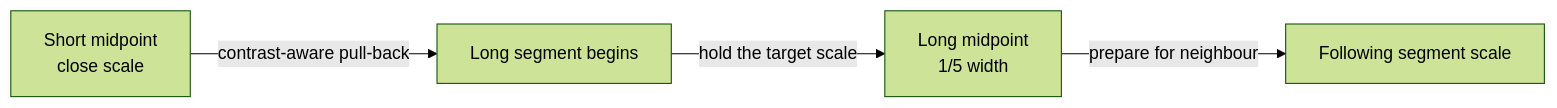
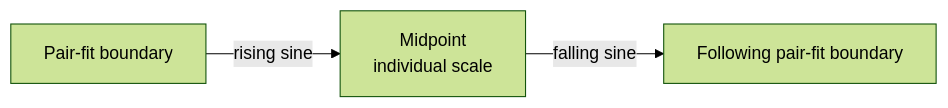
One commit to blubalubbin/music-mixer changed the second of 3 diagrams in docs/timeline-dynamics.md. Above: the diagram before and after it, drawn with Mermaid (forest theme). The commit also changed other lines of this file and 3 other files, not shown here.

````diff
--- a/docs/timeline-dynamics.md
+++ b/docs/timeline-dynamics.md
@@ -51,6 +55,5 @@
 ```mermaid
 flowchart LR
-    Short["Short midpoint<br/>close scale"] -->|"contrast-aware pull-back"| LongStart["Long segment begins"]
-    LongStart -->|"hold the target scale"| LongMid["Long midpoint<br/>1/5 width"]
-    LongMid -->|"prepare for neighbour"| Following["Following segment scale"]
+    Boundary["Pair-fit boundary"] -->|"rising sine"| Midpoint["Midpoint<br/>individual scale"]
+    Midpoint -->|"falling sine"| Following["Following pair-fit boundary"]
 ```
````
